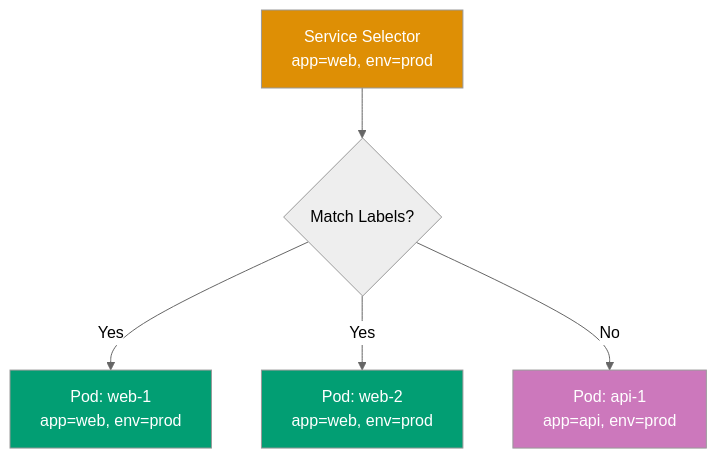
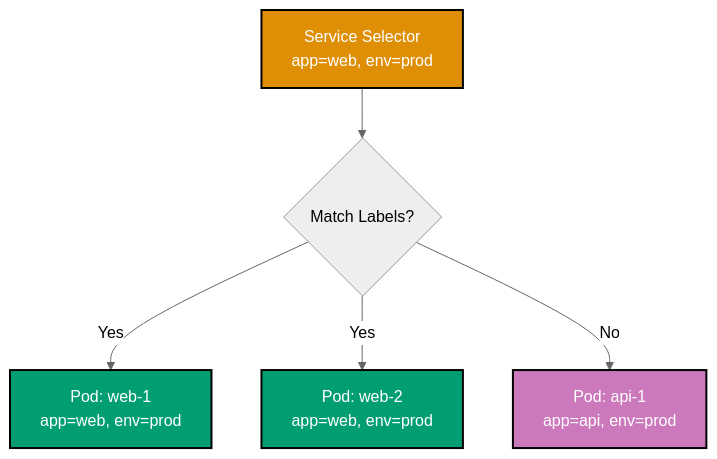
The ninth of 9 diagrams in apps/ayokoding-web/content/en/learn/software-engineering/infrastructure/tools/kubernetes/by-example/beginner.md (wahidyankf/open-sharia-enterprise), drawn with Mermaid (neutral theme) before and after one commit. The commit also changed other lines of this file and 25 other files, not shown here.

````diff
--- a/apps/ayokoding-web/content/en/learn/software-engineering/infrastructure/tools/kubernetes/by-example/beginner.md
+++ b/apps/ayokoding-web/content/en/learn/software-engineering/infrastructure/tools/kubernetes/by-example/beginner.md
@@ -1724,13 +1732,14 @@
 ```mermaid
+%% Color Palette: Blue #0173B2, Orange #DE8F05, Teal #029E73, Purple #CC78BC, Brown #CA9161
 %% Label selector matching
 graph TD
  A[Service Selector<br/>app=web, env=prod] --> B{Match Labels?}
  B -->|Yes| C[Pod: web-1<br/>app=web, env=prod]
  B -->|Yes| D[Pod: web-2<br/>app=web, env=prod]
  B -->|No| E[Pod: api-1<br/>app=api, env=prod]
 
- style A fill:#DE8F05,color:#fff
- style C fill:#029E73,color:#fff
- style D fill:#029E73,color:#fff
- style E fill:#CC78BC,color:#fff
+ style A fill:#DE8F05,stroke:#000000,stroke-width:2px,color:#fff
+ style C fill:#029E73,stroke:#000000,stroke-width:2px,color:#fff
+ style D fill:#029E73,stroke:#000000,stroke-width:2px,color:#fff
+ style E fill:#CC78BC,stroke:#000000,stroke-width:2px,color:#fff
 ```
````
